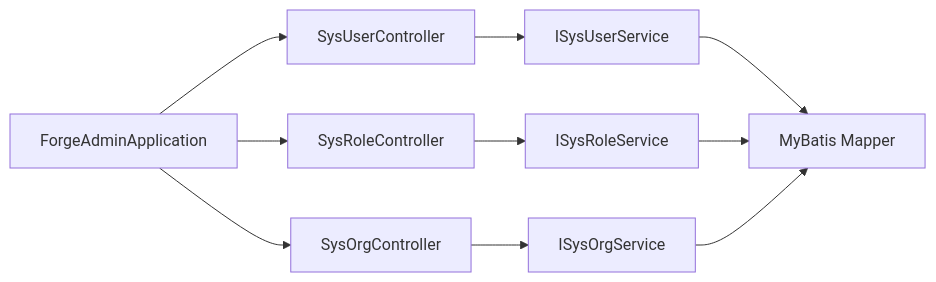
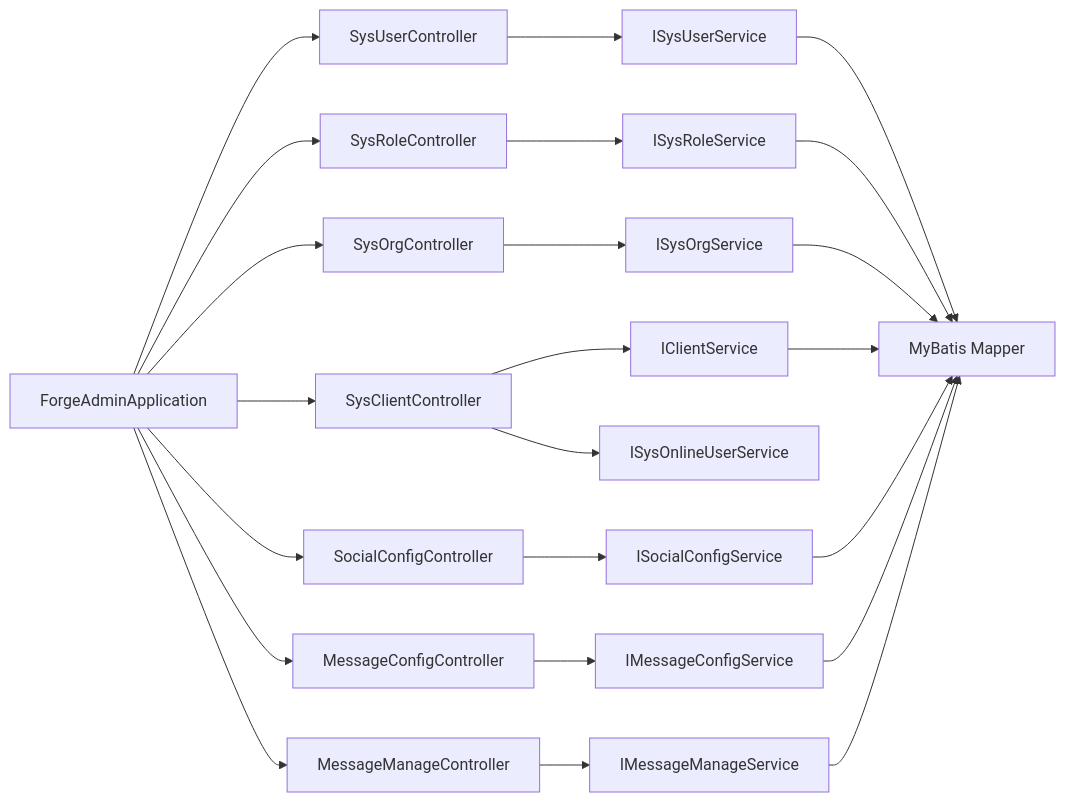
One commit to yaomindong1996/forge-admin changed the tenth of 10 diagrams in .qoder/repowiki/zh/content/核心功能模块/系统管理/系统管理.md. Above: the diagram before and after it, drawn with Mermaid. The commit also changed other lines of this file and 57 other files, not shown here.

````diff
--- a/.qoder/repowiki/zh/content/核心功能模块/系统管理/系统管理.md
+++ b/.qoder/repowiki/zh/content/核心功能模块/系统管理/系统管理.md
@@ -262,12 +495,25 @@
 ```mermaid
 graph LR
 UC["SysUserController"] --> US["ISysUserService"]
 RC["SysRoleController"] --> RS["ISysRoleService"]
 OC["SysOrgController"] --> OS["ISysOrgService"]
+CC["SysClientController"] --> CS["IClientService"]
+CC --> OUS["ISysOnlineUserService"]
+SC["SocialConfigController"] --> SCS["ISocialConfigService"]
+MC["MessageConfigController"] --> MCS["IMessageConfigService"]
+MM["MessageManageController"] --> MMS["IMessageManageService"]
 US --> MP["MyBatis Mapper"]
 RS --> MP
 OS --> MP
+CS --> MP
+SCS --> MP
+MCS --> MP
+MMS --> MP
 APP["ForgeAdminApplication"] --> UC
 APP --> RC
 APP --> OC
+APP --> CC
+APP --> SC
+APP --> MC
+APP --> MM
 ```
````
